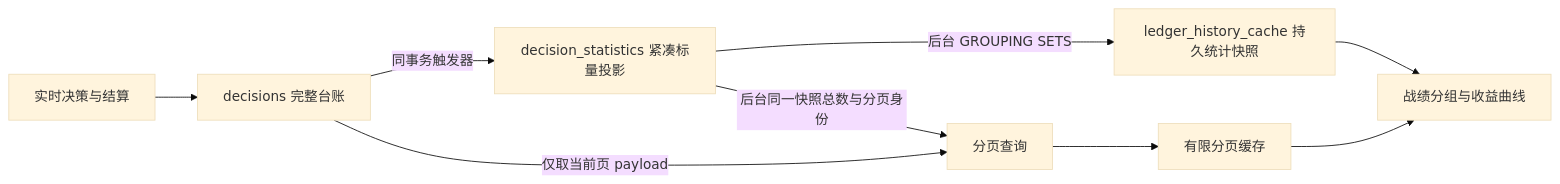
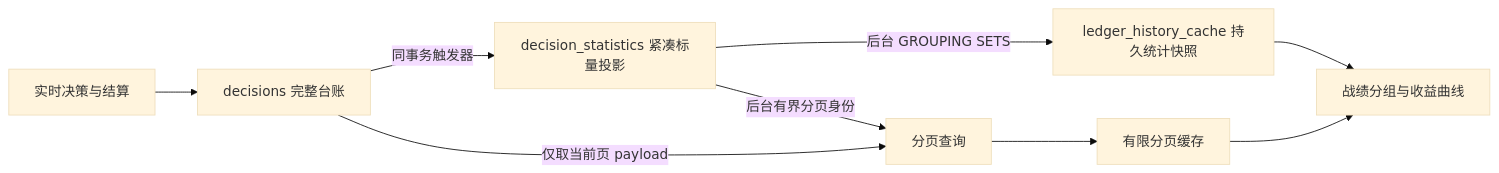
One commit to 1420970597/ai_football changed the diagram in docs/architecture/ledger-postgres-statistics.md. Above: the diagram before and after it, drawn with Mermaid (base theme). The commit also changed other lines of this file and 1 other file, not shown here.

````diff
--- a/docs/architecture/ledger-postgres-statistics.md
+++ b/docs/architecture/ledger-postgres-statistics.md
@@ -5,11 +5,11 @@
 ```mermaid
 flowchart LR
   A[实时决策与结算] --> B[decisions 完整台账]
   B -->|同事务触发器| C[decision_statistics 紧凑标量投影]
   C -->|后台 GROUPING SETS| D[ledger_history_cache 持久统计快照]
   D --> E[战绩分组与收益曲线]
-  C -->|后台同一快照总数与分页身份| F[分页查询]
+  C -->|后台有界分页身份| F[分页查询]
   B -->|仅取当前页 payload| F
   F --> G[有限分页缓存]
   G --> E
 ```
````
